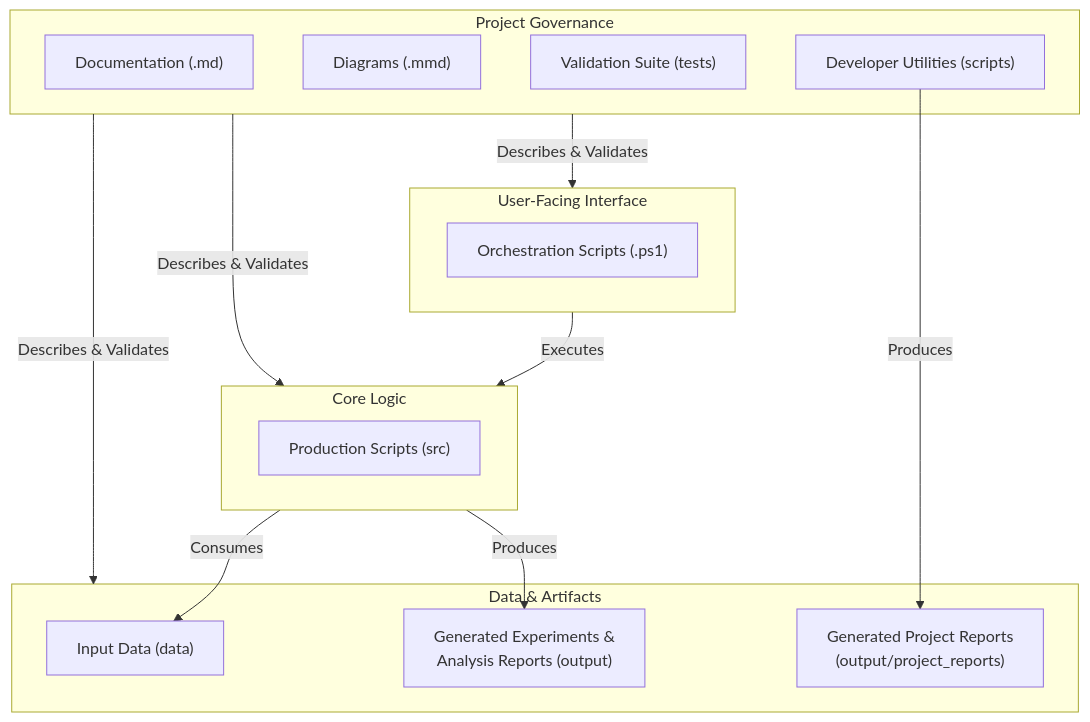
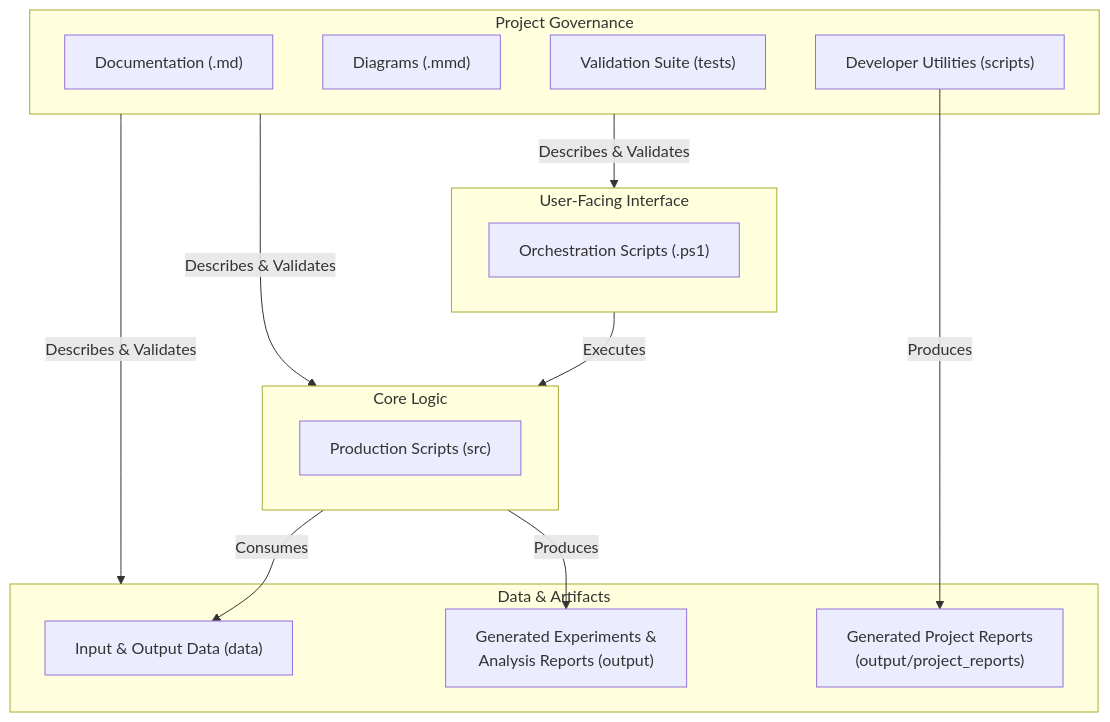
One commit to peterjmarko/llm-narrative-framework changed the diagram in docs/diagrams/arch_project_overview.mmd. Above: the diagram before and after it, drawn with Mermaid. The commit also changed 20 other files, not shown here.

```diff
--- a/docs/diagrams/arch_project_overview.mmd
+++ b/docs/diagrams/arch_project_overview.mmd
@@ -1,31 +1,31 @@
 graph TD
     subgraph A [User-Facing Interface]
         direction LR
         A1["Orchestration Scripts (.ps1)"]
     end
 
     subgraph B [Core Logic]
         direction LR
         B1["Production Scripts (src)"]
     end
 
     subgraph C [Project Governance]
         C1["Documentation (.md)"]
         C2["Diagrams (.mmd)"]
         C3["Validation Suite (tests)"]
         C4["Developer Utilities (scripts)"]
     end
     
     subgraph D [Data & Artifacts]
-        D1["Input Data (data)"]
+        D1["Input & Output Data (data)"]
         D2["Generated Experiments &<br/>Analysis Reports (output)"]
         D3["Generated Project Reports<br/>(output/project_reports)"]
     end
 
     A -- Executes --> B
     B -- Consumes --> D1
     B -- Produces --> D2
     C4 -- Produces --> D3
     C -- Describes & Validates --> A
     C -- Describes & Validates --> B
     C -- Describes & Validates --> D
```
